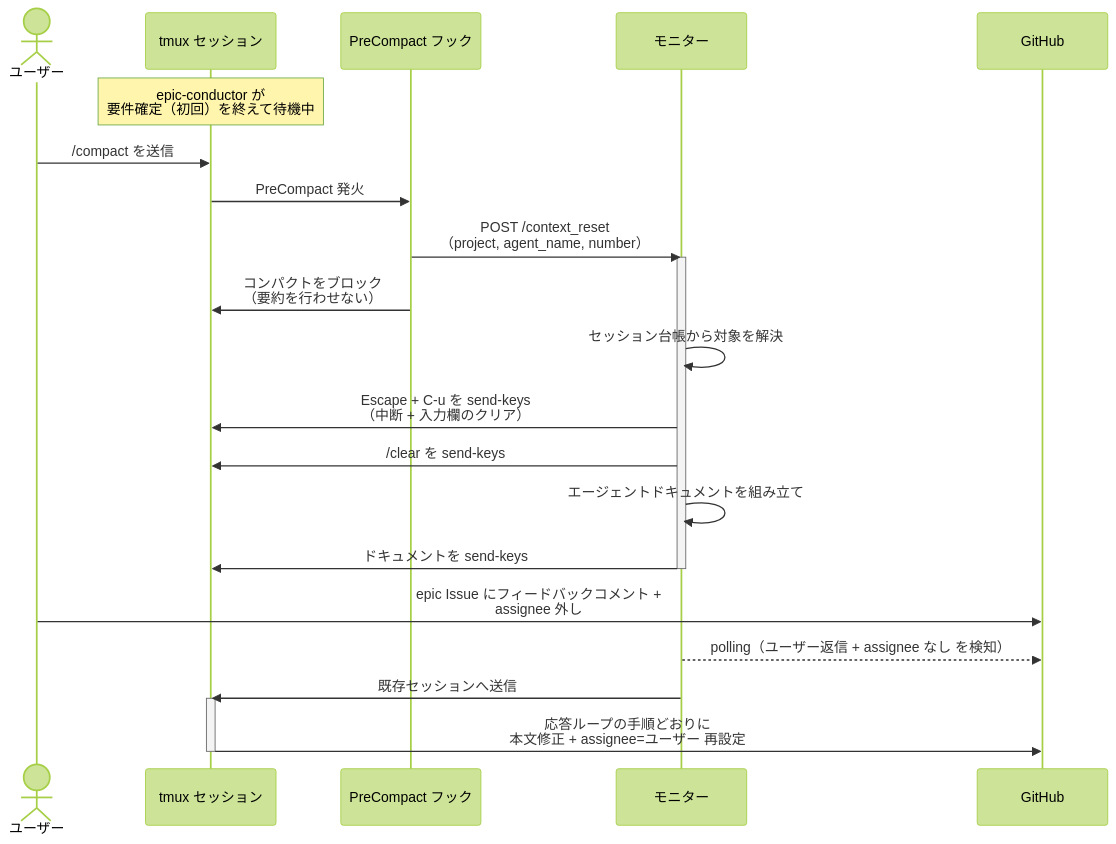
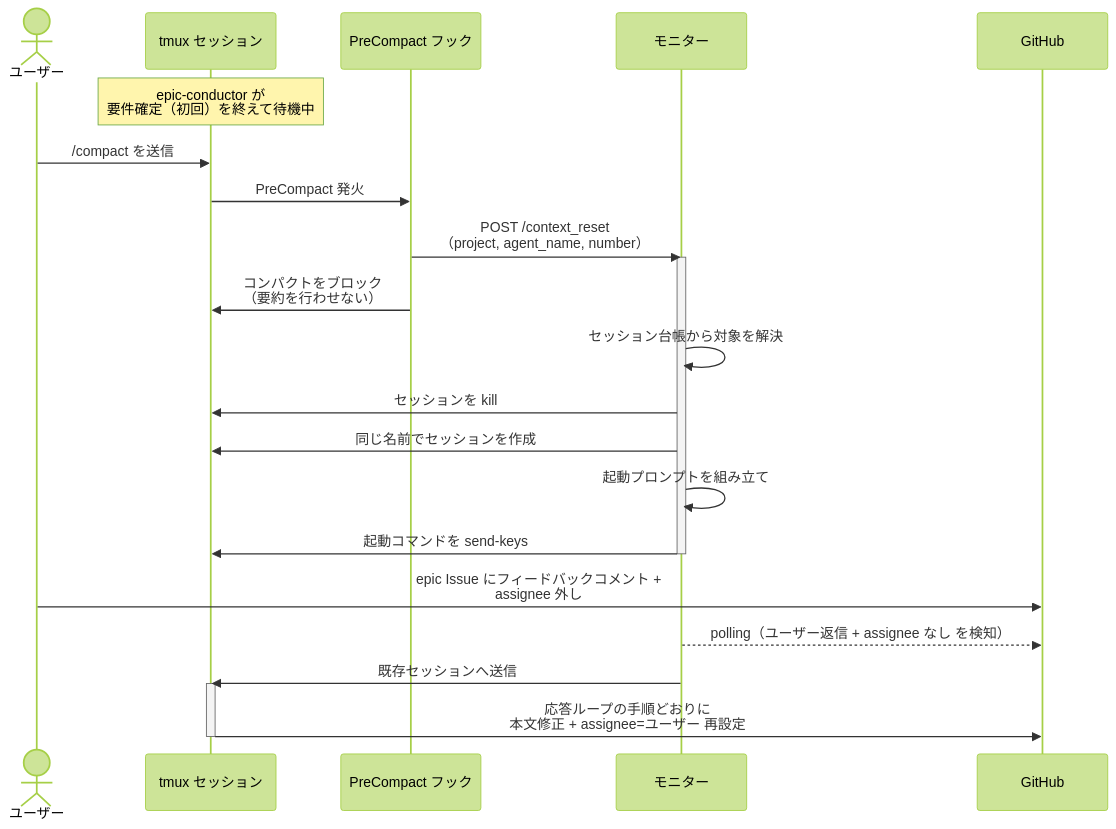
One commit to shuhei1101/ai-monitor changed the first of 2 diagrams in docs/wiki/設計図/シナリオ/単一ユースケース/コンテキスト上限時のリセット.md. Above: the diagram before and after it, drawn with Mermaid (forest theme). The commit also changed other lines of this file and 28 other files, not shown here.

````diff
--- a/docs/wiki/設計図/シナリオ/単一ユースケース/コンテキスト上限時のリセット.md
+++ b/docs/wiki/設計図/シナリオ/単一ユースケース/コンテキスト上限時のリセット.md
@@ -37,28 +37,28 @@
 ```mermaid
 sequenceDiagram
   actor U as ユーザー
   participant TMUX as tmux セッション
   participant HOOK as PreCompact フック
   participant ORC as モニター
   participant GH as GitHub
 
   Note over TMUX: epic-conductor が<br>要件確定（初回）を終えて待機中
   U->>TMUX: /compact を送信
   TMUX->>HOOK: PreCompact 発火
   HOOK->>ORC: POST /context_reset<br>（project, agent_name, number）
   activate ORC
   HOOK->>TMUX: コンパクトをブロック<br>（要約を行わせない）
   ORC->>ORC: セッション台帳から対象を解決
-  ORC->>TMUX: Escape + C-u を send-keys<br>（中断 + 入力欄のクリア）
-  ORC->>TMUX: /clear を send-keys
-  ORC->>ORC: エージェントドキュメントを組み立て
-  ORC->>TMUX: ドキュメントを send-keys
+  ORC->>TMUX: セッションを kill
+  ORC->>TMUX: 同じ名前でセッションを作成
+  ORC->>ORC: 起動プロンプトを組み立て
+  ORC->>TMUX: 起動コマンドを send-keys
   deactivate ORC
 
   U->>GH: epic Issue にフィードバックコメント +<br>assignee 外し
   ORC-->>GH: polling（ユーザー返信 + assignee なし を検知）
   ORC->>TMUX: 既存セッションへ送信
   activate TMUX
   TMUX->>GH: 応答ループの手順どおりに<br>本文修正 + assignee=ユーザー 再設定
   deactivate TMUX
 ```
````
